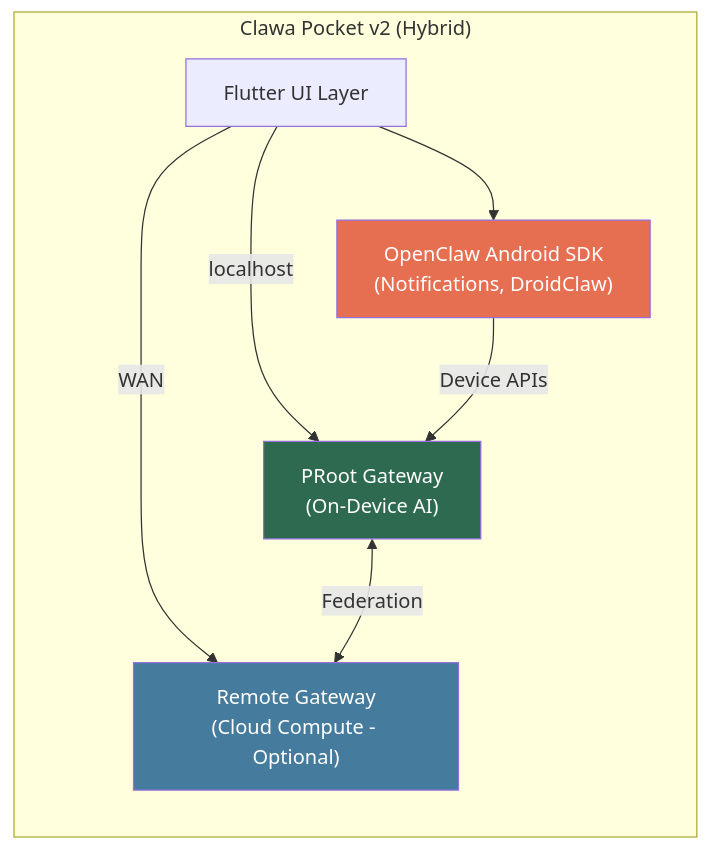
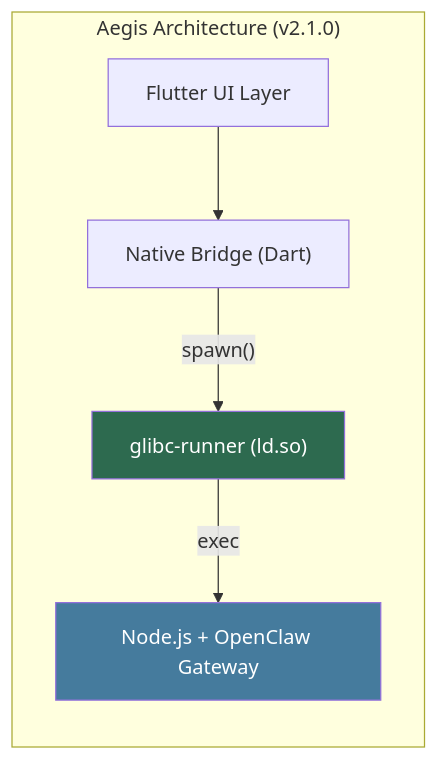
Before and after one commit to vmbbz/plawie: the fifth of 5 diagrams in ARCHITECTURE_REPORT.md, drawn with Mermaid. The commit also changed other lines of this file and 25 other files, not shown here.

Commit message:
docs: finalize v2.0.0 and initialize Project Aegis v2.1.0-alpha Roadmap

````diff
--- a/ARCHITECTURE_REPORT.md
+++ b/ARCHITECTURE_REPORT.md
@@ -240,20 +240,17 @@
-```mermaid
-graph TB
-    subgraph "Clawa Pocket v2 (Hybrid)"
-        direction TB
-        H1["Flutter UI Layer"]
-        H2["OpenClaw Android SDK<br/>(Notifications, DroidClaw)"]
-        H3["PRoot Gateway<br/>(On-Device AI)"]
-        H4["Remote Gateway<br/>(Cloud Compute - Optional)"]
-        
-        H1 --> H2
-        H1 -->|"localhost"| H3
-        H1 -->|"WAN"| H4
-        H2 -->|"Device APIs"| H3
-        H3 <-->|"Federation"| H4
-    end
-
-    style H3 fill:#2d6a4f,color:#fff
-    style H4 fill:#457b9d,color:#fff
-    style H2 fill:#e76f51,color:#fff
-```
+ ```mermaid
+ graph TB
+     subgraph "Aegis Architecture (v2.1.0)"
+         direction TB
+         H1["Flutter UI Layer"]
+         H2["Native Bridge (Dart)"]
+         H3["glibc-runner (ld.so)"]
+         H4["Node.js + OpenClaw Gateway"]
+         
+         H1 --> H2
+         H2 -->|"spawn()"| H3
+         H3 -->|"exec"| H4
+     end
+ 
+     style H3 fill:#2d6a4f,color:#fff
+     style H4 fill:#457b9d,color:#fff
+ ```
````
